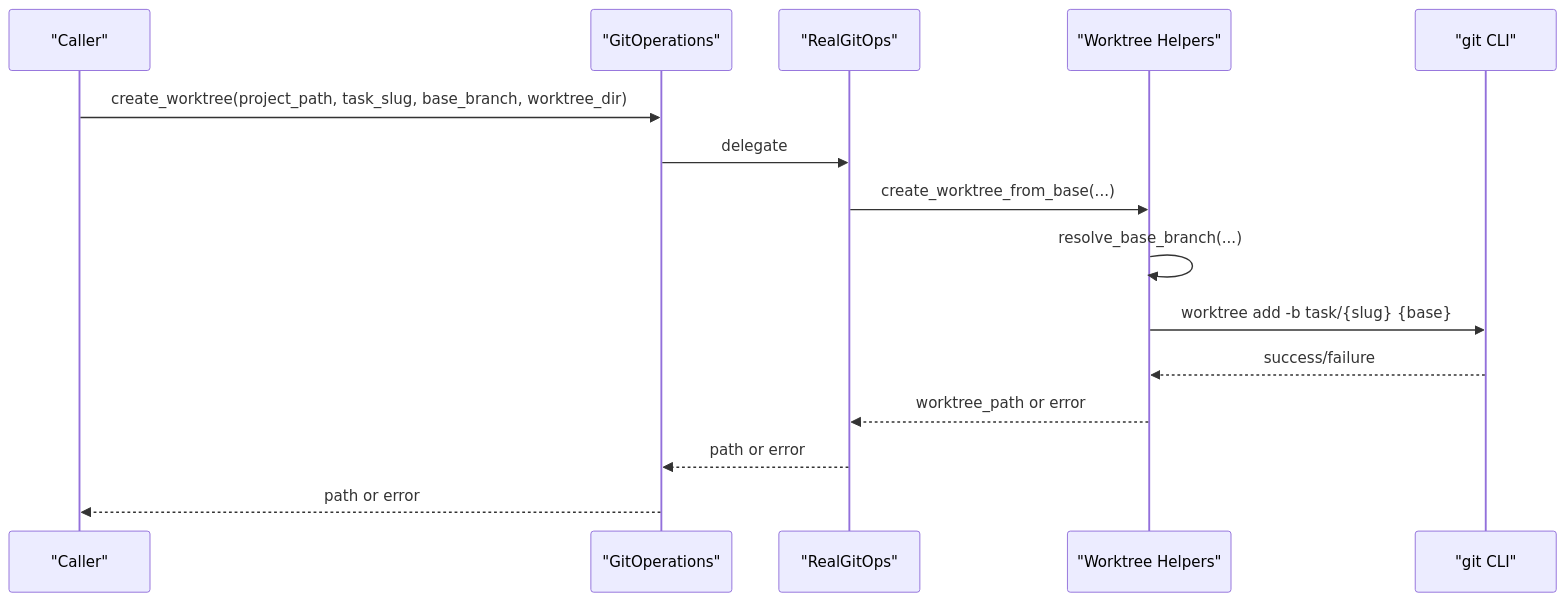
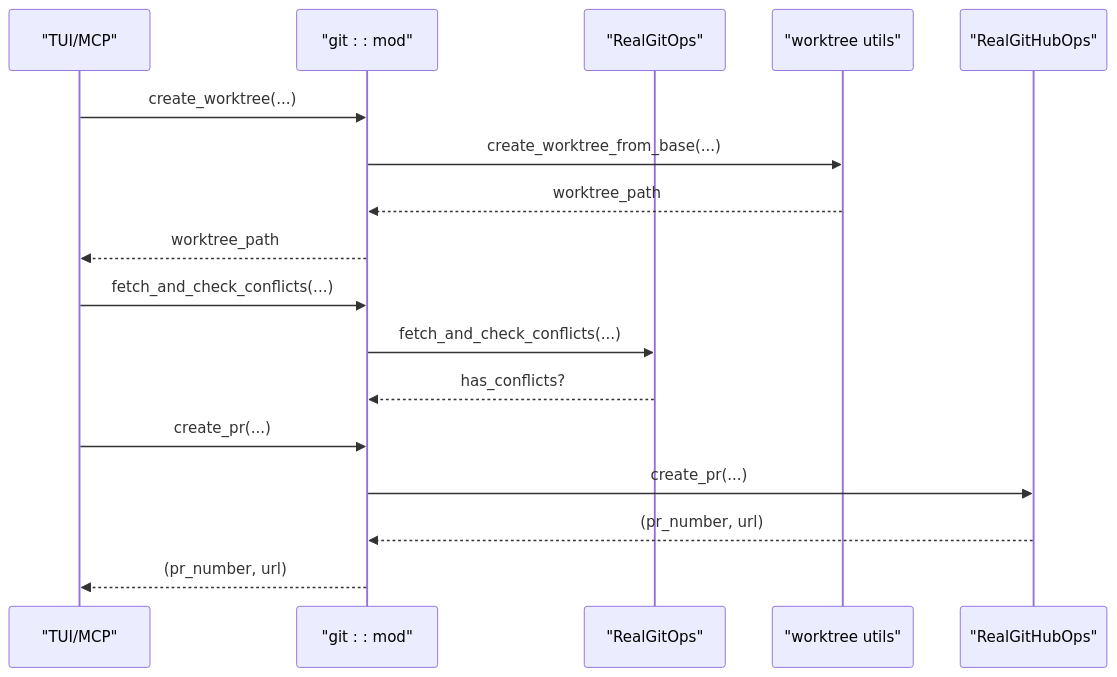
The second of 7 diagrams in .qoder/repowiki/en/content/Git Integration/Git Integration.md (bramburn/agtx), drawn with Mermaid before and after one commit. The commit also changed other lines of this file and 140 other files, not shown here.

````diff
--- a/.qoder/repowiki/en/content/Git Integration/Git Integration.md
+++ b/.qoder/repowiki/en/content/Git Integration/Git Integration.md
@@ -112,17 +111,19 @@
 ```mermaid
 sequenceDiagram
-participant Caller as "Caller"
-participant Ops as "GitOperations"
-participant Impl as "RealGitOps"
-participant WTree as "Worktree Helpers"
-participant Git as "git CLI"
-Caller->>Ops : create_worktree(project_path, task_slug, base_branch, worktree_dir)
-Ops->>Impl : delegate
-Impl->>WTree : create_worktree_from_base(...)
-WTree->>WTree : resolve_base_branch(...)
-WTree->>Git : worktree add -b task/{slug} {base}
-Git-->>WTree : success/failure
-WTree-->>Impl : worktree_path or error
-Impl-->>Ops : path or error
-Ops-->>Caller : path or error
+participant App as "TUI/MCP"
+participant Facade as "git : : mod"
+participant Ops as "RealGitOps"
+participant Worktree as "worktree utils"
+participant Provider as "RealGitHubOps"
+App->>Facade : create_worktree(...)
+Facade->>Worktree : create_worktree_from_base(...)
+Worktree-->>Facade : worktree_path
+Facade-->>App : worktree_path
+App->>Facade : fetch_and_check_conflicts(...)
+Facade->>Ops : fetch_and_check_conflicts(...)
+Ops-->>Facade : has_conflicts?
+App->>Facade : create_pr(...)
+Facade->>Provider : create_pr(...)
+Provider-->>Facade : (pr_number, url)
+Facade-->>App : (pr_number, url)
 ```
````
